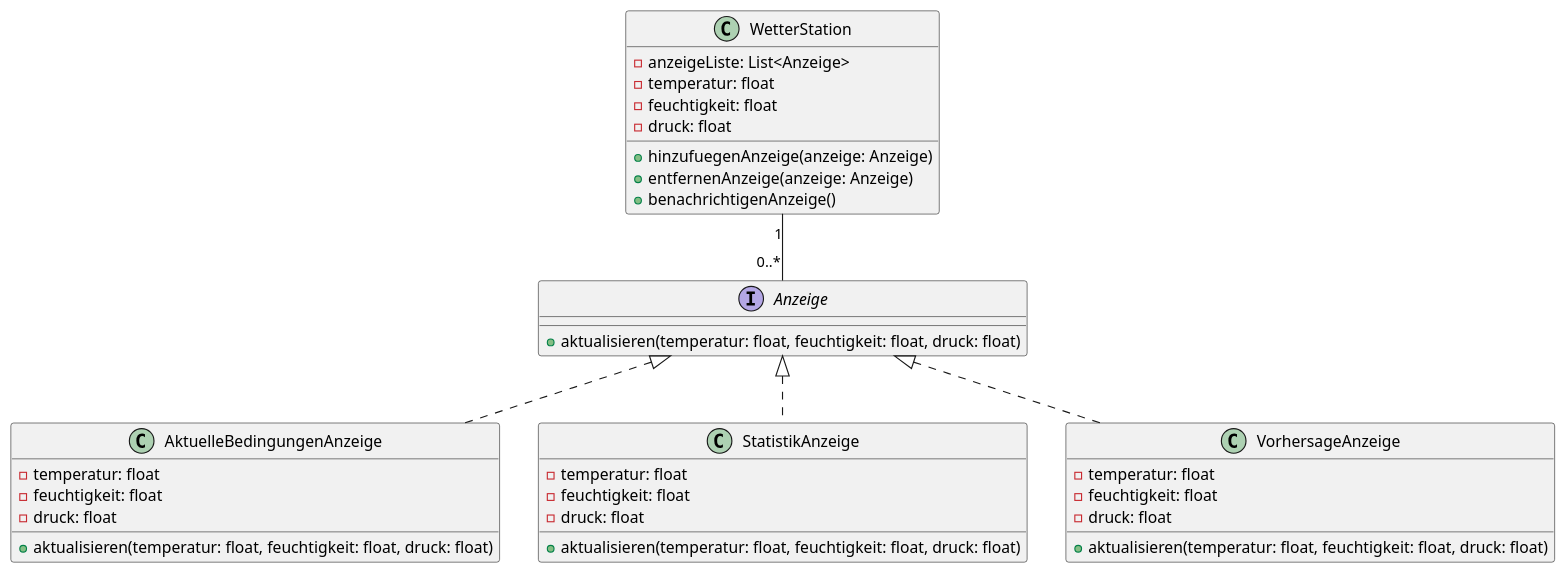
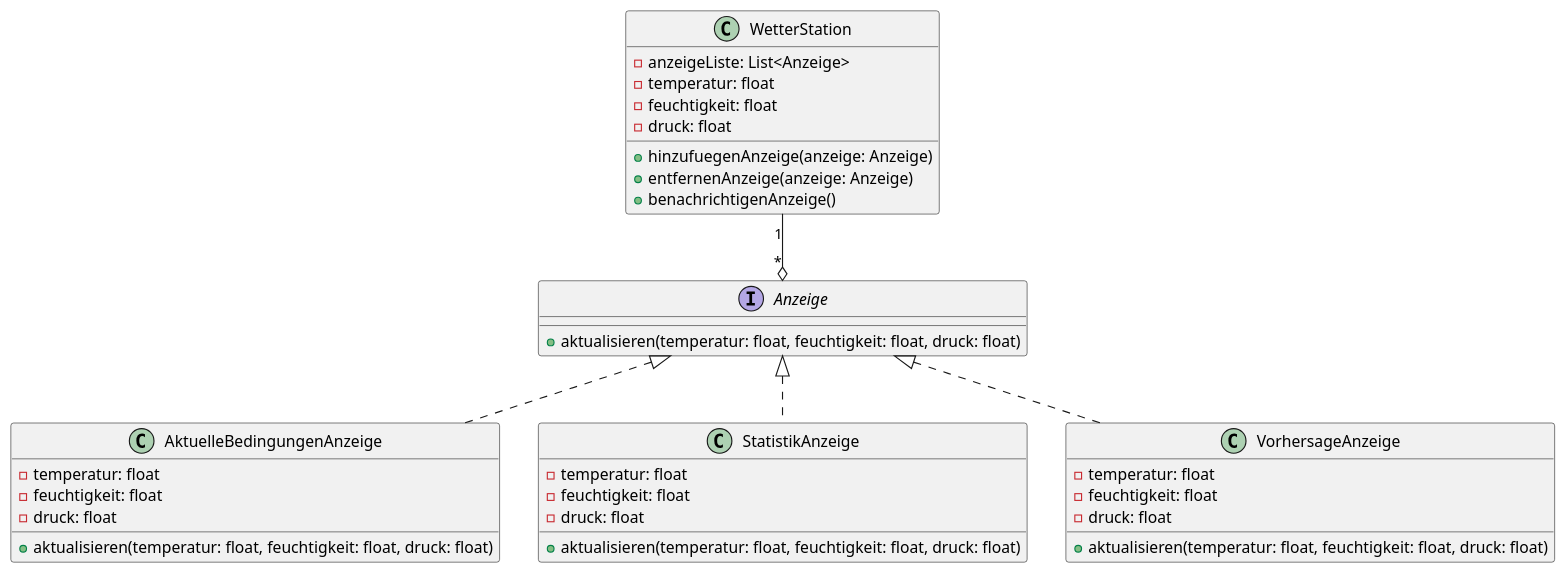
The diagram in dojo-dungeon/todo-assets/Fragen_Pattern/UML_Klassendiagramm1_source.pu (Dungeon-CampusMinden/Dungeon), drawn with PlantUML before and after one commit. The commit also changed 7 other files, not shown here.

```diff
--- a/dojo-dungeon/todo-assets/Fragen_Pattern/UML_Klassendiagramm1_source.pu
+++ b/dojo-dungeon/todo-assets/Fragen_Pattern/UML_Klassendiagramm1_source.pu
@@ -1,41 +1,41 @@
 @startuml UML_Klassendiagramm1.png
 interface Anzeige {
   +aktualisieren(temperatur: float, feuchtigkeit: float, druck: float)
 }
 
 class WetterStation {
   -anzeigeListe: List<Anzeige>
   -temperatur: float
   -feuchtigkeit: float
   -druck: float
   +hinzufuegenAnzeige(anzeige: Anzeige)
   +entfernenAnzeige(anzeige: Anzeige)
   +benachrichtigenAnzeige()
 }
 
 class AktuelleBedingungenAnzeige {
   -temperatur: float
   -feuchtigkeit: float
   -druck: float
   +aktualisieren(temperatur: float, feuchtigkeit: float, druck: float)
 }
 
 class StatistikAnzeige {
   -temperatur: float
   -feuchtigkeit: float
   -druck: float
   +aktualisieren(temperatur: float, feuchtigkeit: float, druck: float)
 }
 
 class VorhersageAnzeige {
   -temperatur: float
   -feuchtigkeit: float
   -druck: float
   +aktualisieren(temperatur: float, feuchtigkeit: float, druck: float)
 }
 
-WetterStation "1" -- "0..*" Anzeige
+WetterStation "1" --o "*" Anzeige
 Anzeige <|.. AktuelleBedingungenAnzeige
 Anzeige <|.. StatistikAnzeige
 Anzeige <|.. VorhersageAnzeige
 @enduml
```
